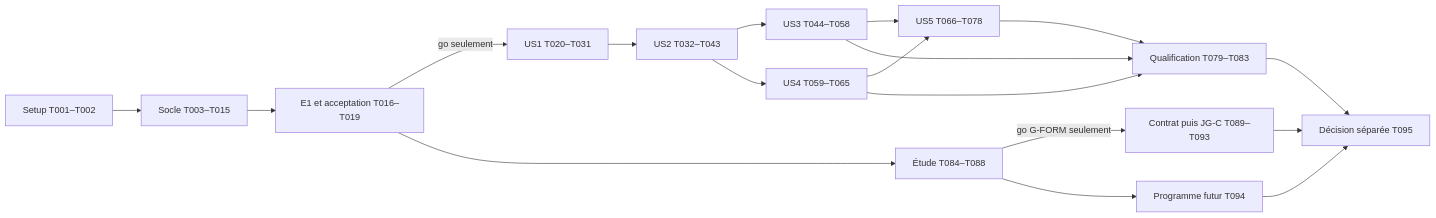
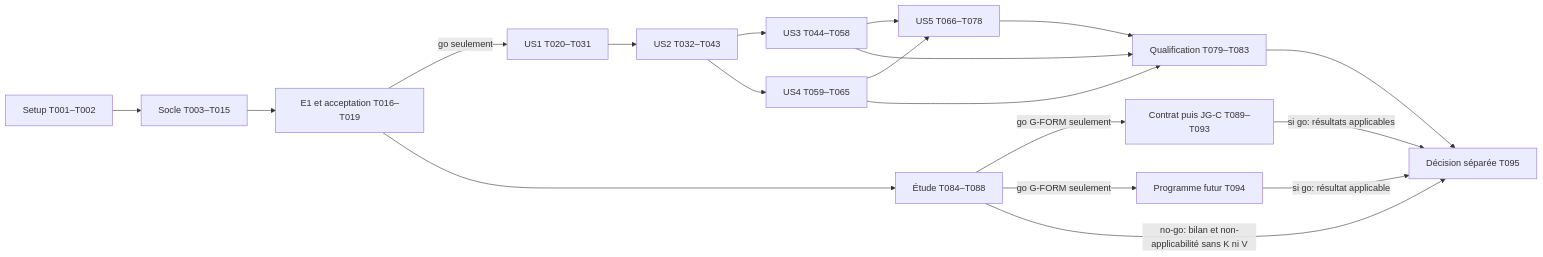
The diagram in specs/001-import-maillage-monoelement/tasks.md (XavBertrand/aero25d), drawn with Mermaid before and after one commit. The commit also changed other lines of this file and 23 other files, not shown here.

````diff
--- a/specs/001-import-maillage-monoelement/tasks.md
+++ b/specs/001-import-maillage-monoelement/tasks.md
@@ -701,20 +707,21 @@
 ```mermaid
 flowchart LR
   A[Setup T001–T002] --> B[Socle T003–T015]
   B --> C[E1 et acceptation T016–T019]
   C -->|go seulement| D[US1 T020–T031]
   D --> E[US2 T032–T043]
   E --> F[US3 T044–T058]
   E --> G[US4 T059–T065]
   G --> H[US5 T066–T078]
   F --> H
   H --> I[Qualification T079–T083]
   F --> I
   G --> I
   C --> S[Étude T084–T088]
   S -->|go G-FORM seulement| K[Contrat puis JG-C T089–T093]
-  S --> V[Programme futur T094]
+  S -->|go G-FORM seulement| V[Programme futur T094]
   I --> Z[Décision séparée T095]
-  K --> Z
-  V --> Z
+  K -->|si go: résultats applicables| Z
+  V -->|si go: résultat applicable| Z
+  S -->|no-go: bilan et non-applicabilité sans K ni V| Z
 ```
````
